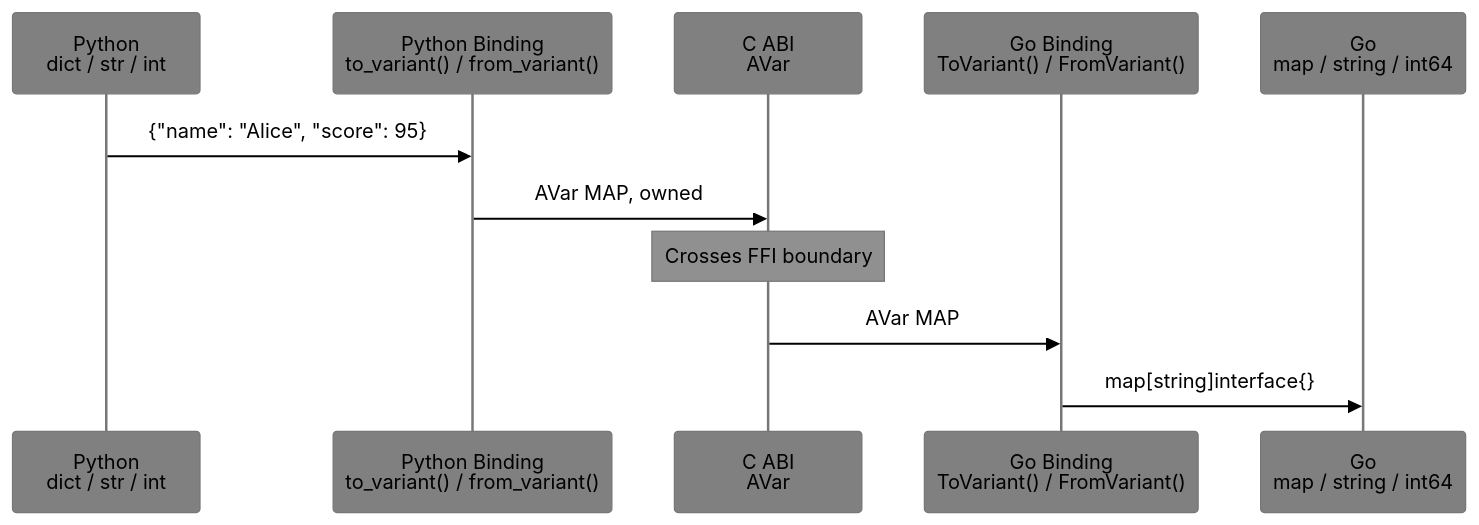
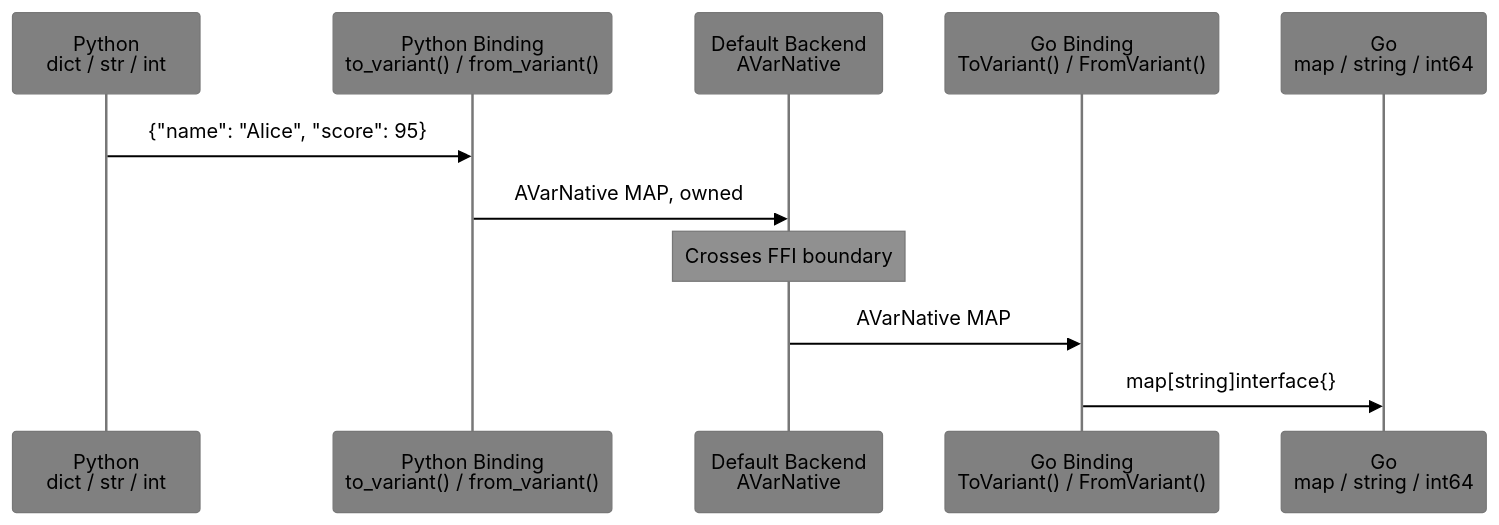
Before and after one commit to visionik/anyvar: the eighth of 12 diagrams in README.md, drawn with Mermaid. The commit also changed other lines of this file, not shown here.

Commit message:
feat: add backend vtable architecture to spec (v0.2.0)

````diff
--- a/README.md
+++ b/README.md
@@ -275,15 +425,15 @@
 ```mermaid
 %%{init: {'theme': 'base', 'themeVariables': { 'primaryColor': '#909090', 'secondaryColor': '#808080', 'tertiaryColor': '#707070', 'primaryTextColor': '#000000', 'secondaryTextColor': '#000000', 'tertiaryTextColor': '#000000', 'noteTextColor': '#000000', 'lineColor': '#404040', 'actorBkg': '#808080', 'actorTextColor': '#000000', 'noteBkgColor': '#909090' }}}%%
 sequenceDiagram
     participant PY as Python<br/>dict / str / int
     participant BN as Python Binding<br/>to_variant() / from_variant()
-    participant C as C ABI<br/>AVar
+    participant C as Default Backend<br/>AVarNative
     participant BN2 as Go Binding<br/>ToVariant() / FromVariant()
     participant GO as Go<br/>map / string / int64
 
     PY->>BN: {"name": "Alice", "score": 95}
-    BN->>C: AVar MAP, owned
+    BN->>C: AVarNative MAP, owned
     Note over C: Crosses FFI boundary
-    C->>BN2: AVar MAP
+    C->>BN2: AVarNative MAP
     BN2->>GO: map[string]interface{}
 ```
````
